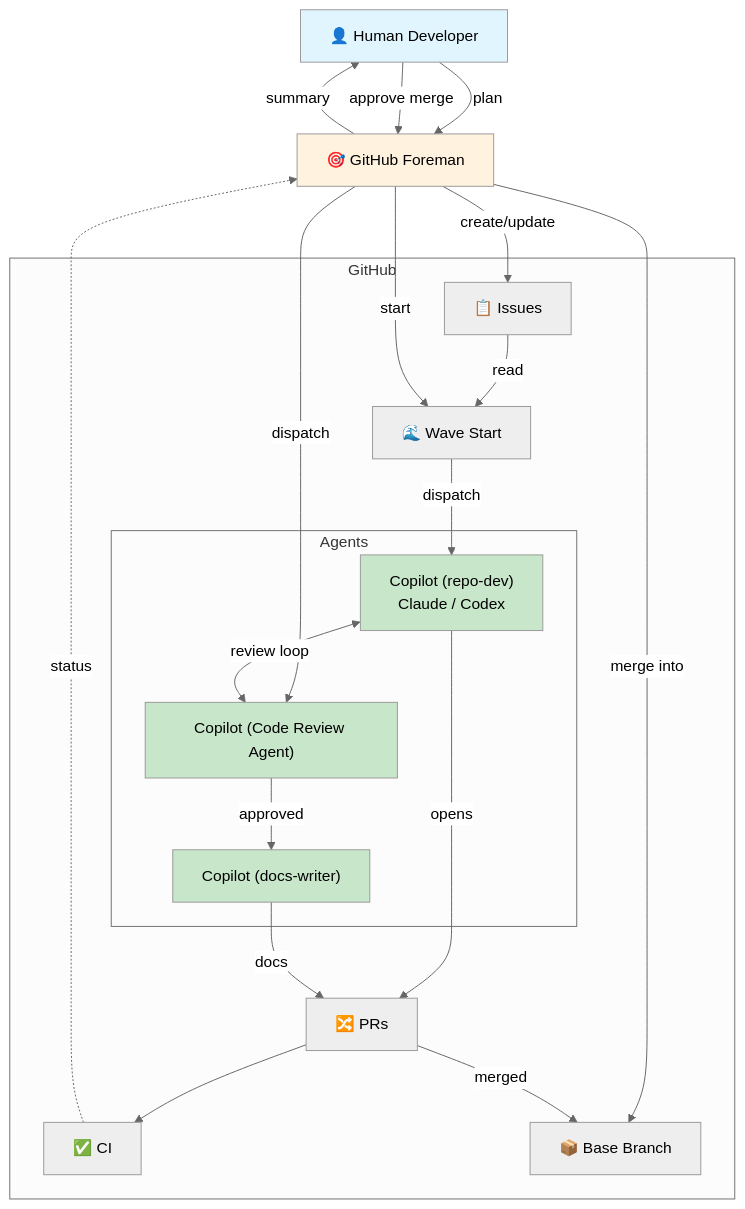
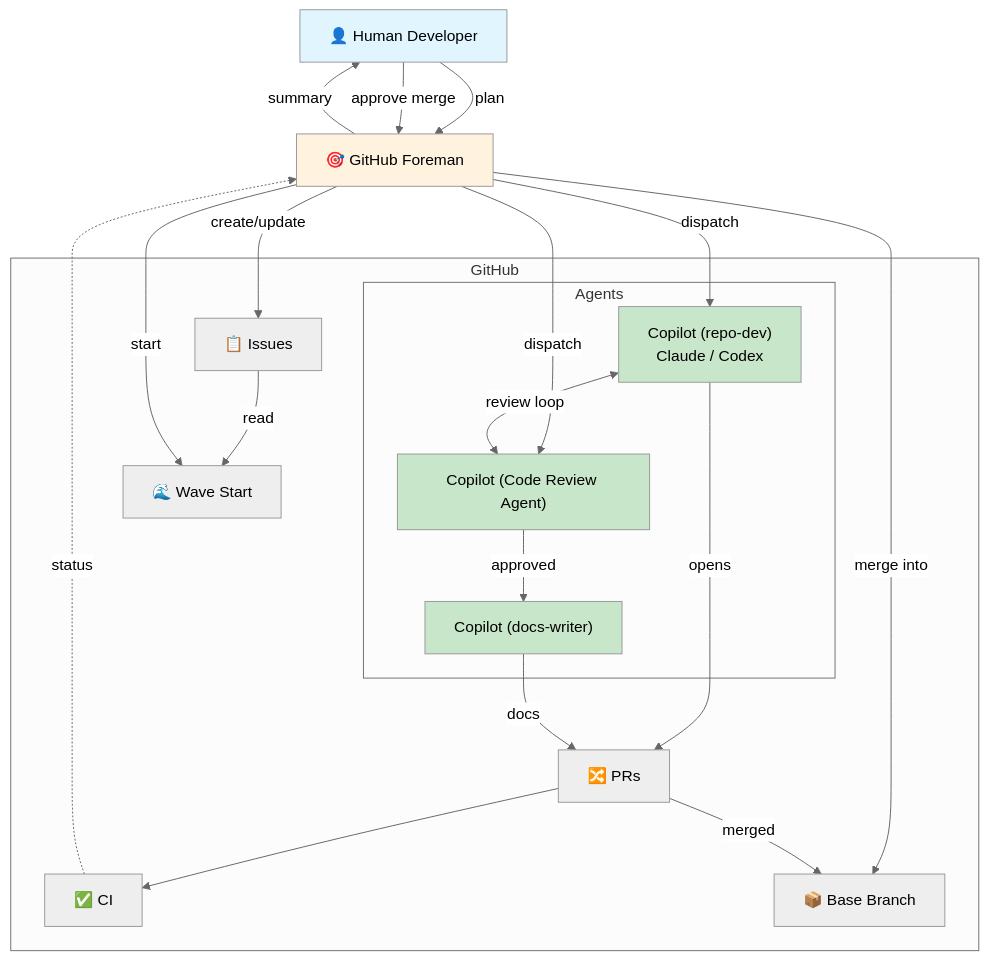
Before and after one commit to ewega/github-foreman: the first of 2 diagrams in README.md, drawn with Mermaid (neutral theme).

Commit message:
Fix dispatch flow - dispatch from Foreman directly to Agents
- Remove dispatch link from Wave Start to Working agents
- Dispatch now comes directly from GitHub Foreman to both Working agents and Code Review Agent
- Wave Start still triggers after Issues are read, but doesn't dispatch
- Clearer responsibility: Foreman controls all agent dispatch

````diff
--- a/README.md
+++ b/README.md
@@ -70,46 +70,46 @@
 ```mermaid
 graph TB
     H["👤 Human Developer"]
     F["🎯 GitHub Foreman"]
     
     subgraph github["GitHub"]
         Issues["📋 Issues"]
         WaveStart["🌊 Wave Start"]
         
         subgraph agents["Agents"]
             Working["Copilot (repo-dev)<br/>Claude / Codex"]
             CodeReview["Copilot (Code Review Agent)"]
             DW["Copilot (docs-writer)"]
         end
         
         PRs["🔀 PRs"]
         CI["✅ CI"]
         Base["📦 Base Branch"]
     end
     
     H -->|"plan"| F
     F -->|"create/update"| Issues
     Issues -->|"read"| WaveStart
     F -->|"start"| WaveStart
-    WaveStart -->|"dispatch"| Working
+    F -->|"dispatch"| Working
+    F -->|"dispatch"| CodeReview
     Working -->|"opens"| PRs
     
-    F -->|"dispatch"| CodeReview
     Working <-->|"review loop"| CodeReview
     CodeReview -->|"approved"| DW
     
     DW -->|"docs"| PRs
     PRs --> CI
     
     CI -.->|"status"| F
     F -->|"summary"| H
     H -->|"approve merge"| F
     F -->|"merge into"| Base
     PRs -->|"merged"| Base
     
     style H fill:#e1f5ff
     style F fill:#fff3e0
     style Working fill:#c8e6c9
     style CodeReview fill:#c8e6c9
     style DW fill:#c8e6c9
 ```
````
